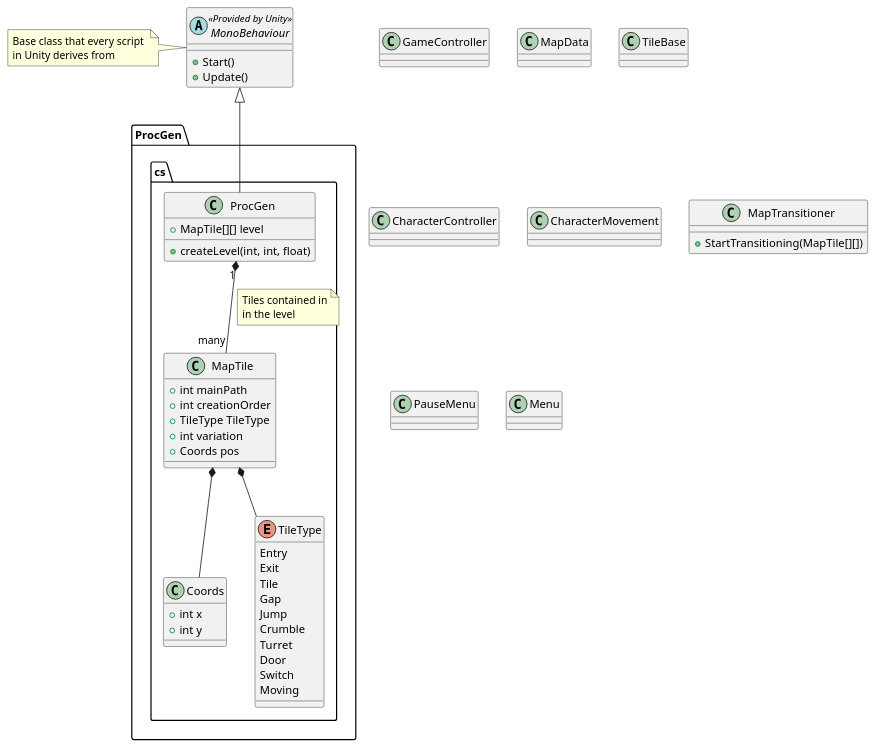
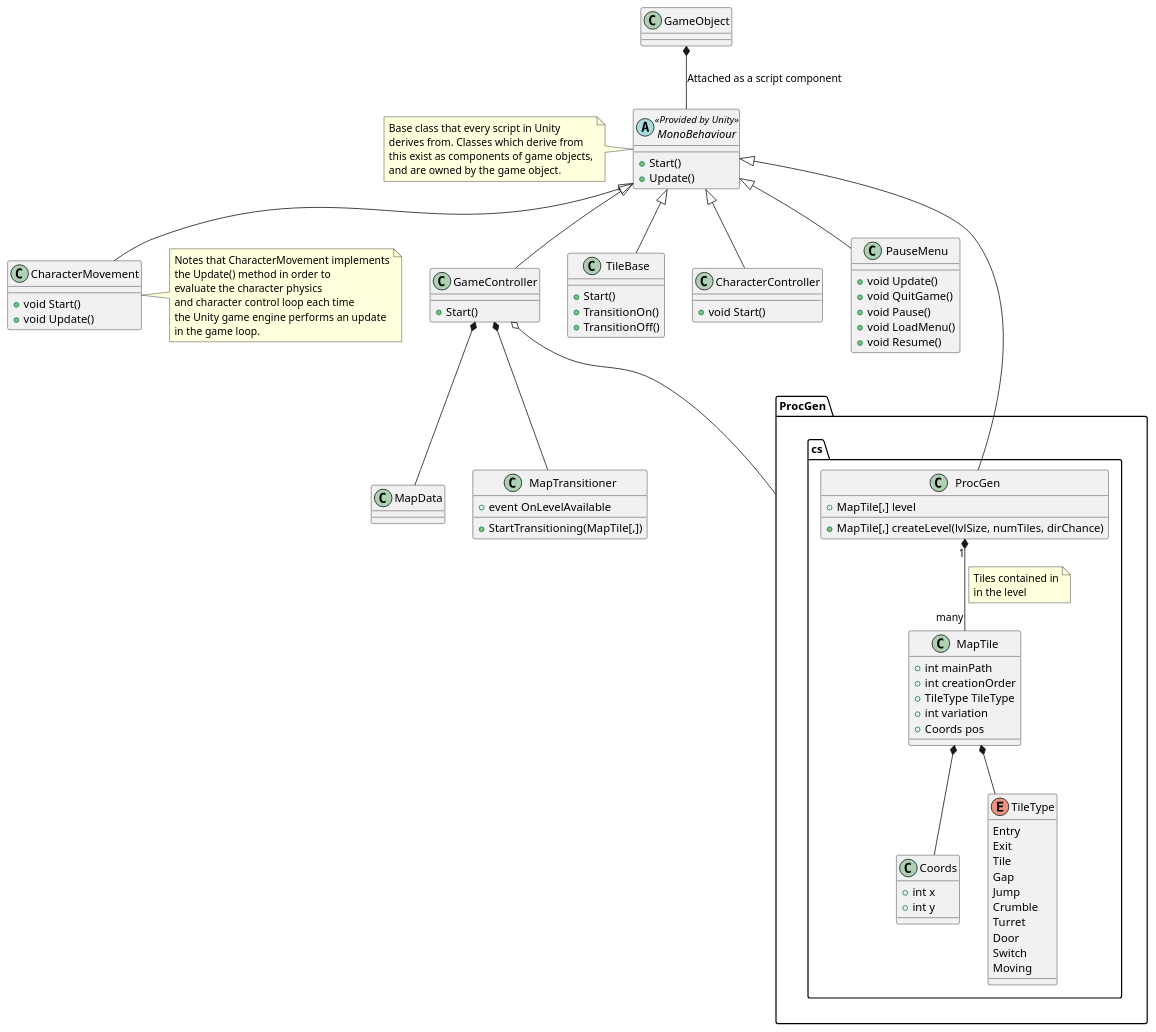
The diagram in Docs/design/class_diagram.puml (kellpossible/GPMS), drawn with PlantUML before and after one commit. The commit also changed 1 other file, not shown here.

Commit message:
class diagram

```diff
--- a/Docs/design/class_diagram.puml
+++ b/Docs/design/class_diagram.puml
@@ -1,76 +1,123 @@
-@startuml
+@startuml class_diagram
+
+class GameObject
+
+GameObject *-- MonoBehaviour : Attached as a script component
+
 class MonoBehaviour
 
 note left of MonoBehaviour
-Base class that every script 
-in Unity derives from
+Base class that every script in Unity 
+derives from. Classes which derive from
+this exist as components of game objects,
+and are owned by the game object.
 end note
-
-class GameController
-class MapData
-class TileBase
-class CharacterController
-class CharacterMovement
 
 abstract class MonoBehaviour <<Provided by Unity>> {
     +Start()
     +Update()
 }
+
+class GameController {
+    +Start()
+}
+
+class MapData
+
+class TileBase {
+    +Start()
+    +TransitionOn()
+    +TransitionOff()
+}
+
+class CharacterController {
+    +void Start()
+
+}
+
+class CharacterMovement {
+    +void Start()
+    +void Update()
+}
+
+note right of CharacterMovement
+Notes that CharacterMovement implements
+the Update() method in order to 
+evaluate the character physics
+and character control loop each time 
+the Unity game engine performs an update 
+in the game loop.
+endnote
+
+MonoBehaviour <|-- CharacterController
+MonoBehaviour <|-- CharacterMovement
+MonoBehaviour <|-- TileBase
+MonoBehaviour <|-- GameController
+
+GameController *-- MapData
 
 package "ProcGen.cs" {
     class MapTile {
         +int mainPath
         +int creationOrder
         +TileType TileType
         +int variation
         +Coords pos
     }
 
     class Coords {
         +int x
         +int y
     }
 
     MapTile *-- Coords
     
     enum TileType {
         Entry
         Exit
         Tile
         Gap
         Jump
         Crumble
         Turret
         Door
         Switch
         Moving
     }
 
     MapTile *-- TileType
     
     class ProcGen {
-        +MapTile[][] level
-        +createLevel(int, int, float)
+        +MapTile[,] level
+        +MapTile[,] createLevel(lvlSize, numTiles, dirChance)
     }
 
     ProcGen "1" *-- "many" MapTile
     note left on link
     Tiles contained in
     in the level
     endnote
 
     MonoBehaviour <|-- ProcGen
 }
 
+GameController o-- ProcGen
 
 class MapTransitioner {
-    +StartTransitioning(MapTile[][])
+    +event OnLevelAvailable
+    +StartTransitioning(MapTile[,])
 }
 
+GameController *-- MapTransitioner
 
+class PauseMenu {
+    +void Update()
+    +void QuitGame()
+    +void Pause()
+    +void LoadMenu()
+    +void Resume()
+}
 
-class PauseMenu
-class Menu
-
+MonoBehaviour <|-- PauseMenu
 
 @enduml
```
